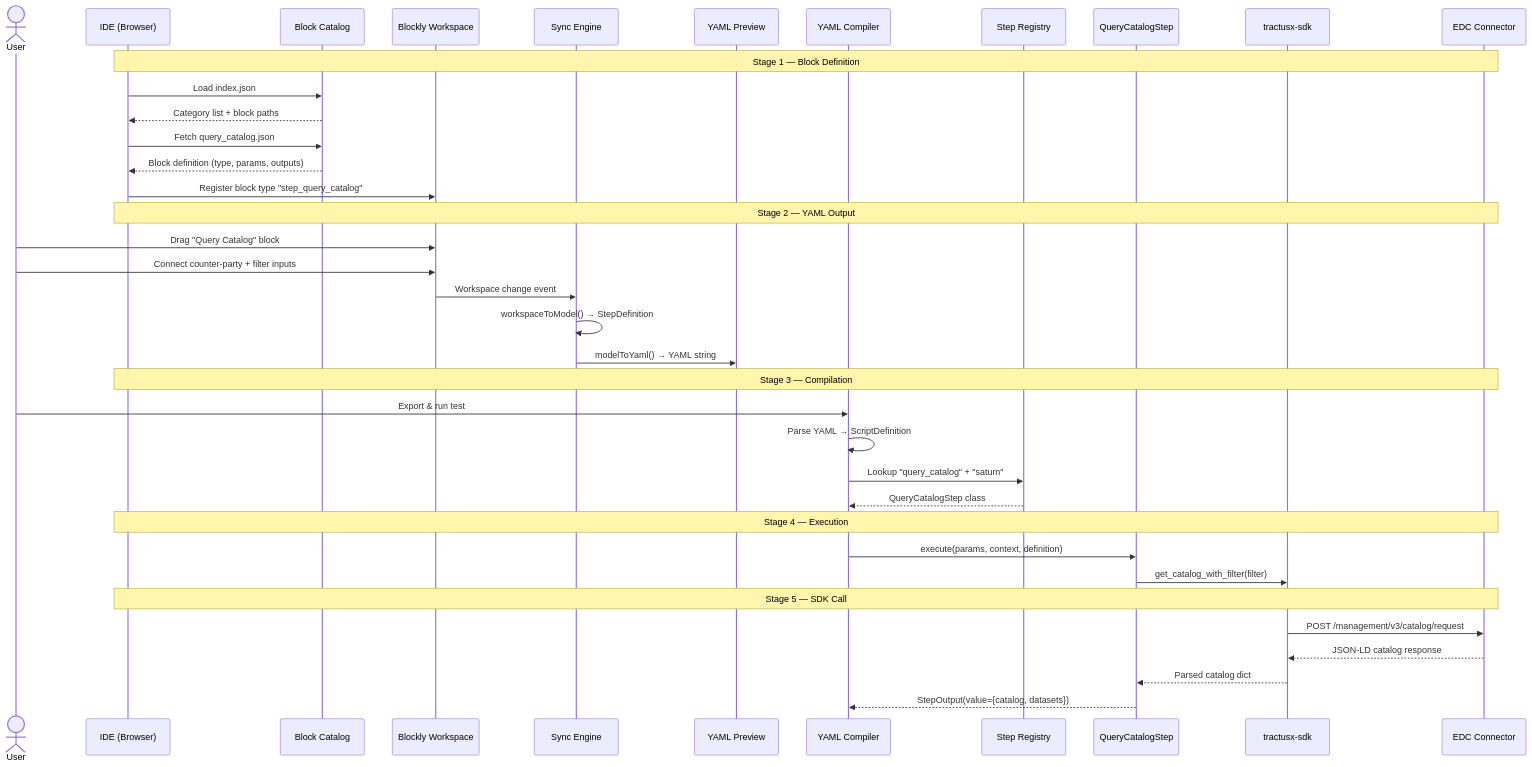
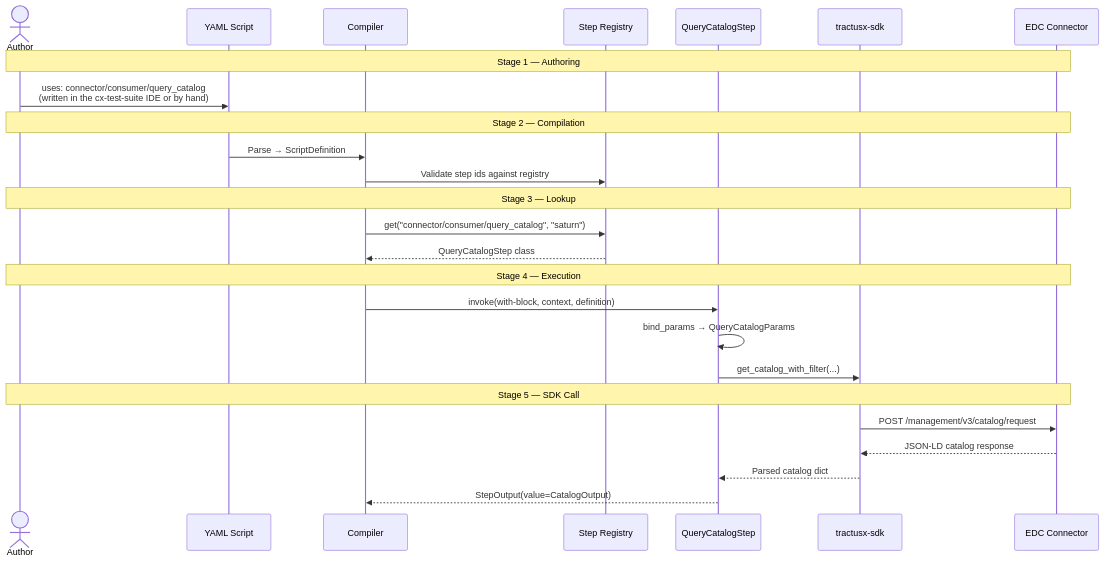
The fourth of 5 diagrams in docs/developer/block-lifecycle.md (eclipse-tractusx/tractusx-testlab), drawn with Mermaid before and after one commit. The commit also changed other lines of this file and 103 other files, not shown here.

````diff
--- a/docs/developer/block-lifecycle.md
+++ b/docs/developer/block-lifecycle.md
@@ -368,44 +329,32 @@
 ```mermaid
 sequenceDiagram
-    actor User
-    participant IDE as IDE (Browser)
-    participant Catalog as Block Catalog
-    participant Blockly as Blockly Workspace
-    participant Sync as Sync Engine
-    participant Monaco as YAML Preview
-    participant Compiler as YAML Compiler
+    actor Author
+    participant YAML as YAML Script
+    participant Compiler as Compiler
     participant Registry as Step Registry
     participant Executor as QueryCatalogStep
     participant SDK as tractusx-sdk
     participant EDC as EDC Connector
 
-    Note over IDE,EDC: Stage 1 — Block Definition
-    IDE->>Catalog: Load index.json
-    Catalog-->>IDE: Category list + block paths
-    IDE->>Catalog: Fetch query_catalog.json
-    Catalog-->>IDE: Block definition (type, params, outputs)
-    IDE->>Blockly: Register block type "step_query_catalog"
+    Note over Author,EDC: Stage 1 — Authoring
+    Author->>YAML: uses: connector/consumer/query_catalog<br/>(written in the cx-test-suite IDE or by hand)
 
-    Note over IDE,EDC: Stage 2 — YAML Output
-    User->>Blockly: Drag "Query Catalog" block
-    User->>Blockly: Connect counter-party + filter inputs
-    Blockly->>Sync: Workspace change event
-    Sync->>Sync: workspaceToModel() → StepDefinition
-    Sync->>Monaco: modelToYaml() → YAML string
+    Note over Author,EDC: Stage 2 — Compilation
+    YAML->>Compiler: Parse → ScriptDefinition
+    Compiler->>Registry: Validate step ids against registry
 
-    Note over IDE,EDC: Stage 3 — Compilation
-    User->>Compiler: Export & run test
-    Compiler->>Compiler: Parse YAML → ScriptDefinition
-    Compiler->>Registry: Lookup "query_catalog" + "saturn"
+    Note over Author,EDC: Stage 3 — Lookup
+    Compiler->>Registry: get("connector/consumer/query_catalog", "saturn")
     Registry-->>Compiler: QueryCatalogStep class
 
-    Note over IDE,EDC: Stage 4 — Execution
-    Compiler->>Executor: execute(params, context, definition)
-    Executor->>SDK: get_catalog_with_filter(filter)
+    Note over Author,EDC: Stage 4 — Execution
+    Compiler->>Executor: invoke(with-block, context, definition)
+    Executor->>Executor: bind_params → QueryCatalogParams
+    Executor->>SDK: get_catalog_with_filter(...)
 
-    Note over IDE,EDC: Stage 5 — SDK Call
+    Note over Author,EDC: Stage 5 — SDK Call
     SDK->>EDC: POST /management/v3/catalog/request
     EDC-->>SDK: JSON-LD catalog response
     SDK-->>Executor: Parsed catalog dict
-    Executor-->>Compiler: StepOutput(value={catalog, datasets})
+    Executor-->>Compiler: StepOutput(value=CatalogOutput)
 ```
````
